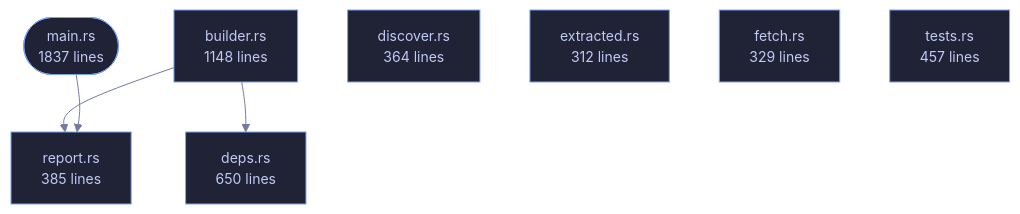
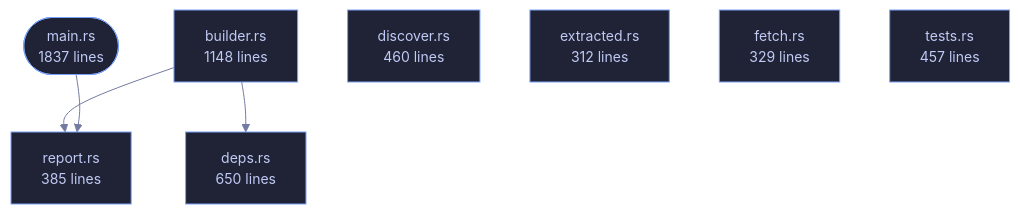
The diagram in crates/veilvoice-verify/README.md (tilas01/veilvoice), drawn with Mermaid before and after one commit. The commit also changed other lines of this file and 65 other files, not shown here.

````diff
--- a/crates/veilvoice-verify/README.md
+++ b/crates/veilvoice-verify/README.md
@@ -93,23 +93,23 @@
 ```mermaid
 %%{init: {"theme":"base","themeVariables":{"background":"#1a1b26","primaryColor":"#1f2335","primaryTextColor":"#c0caf5","primaryBorderColor":"#7aa2f7","secondaryColor":"#16161e","tertiaryColor":"#16161e","lineColor":"#737aa2","textColor":"#c0caf5","mainBkg":"#1f2335","nodeBorder":"#7aa2f7","clusterBkg":"#16161e","clusterBorder":"#2f3549","fontFamily":"ui-monospace, SFMono-Regular, Consolas, monospace","fontSize":"14px"}}}%%
 flowchart TD
     n_main(["main.rs<br/>1837 lines"])
     n_builder["builder.rs<br/>1148 lines"]
     n_deps["deps.rs<br/>650 lines"]
-    n_discover["discover.rs<br/>364 lines"]
+    n_discover["discover.rs<br/>460 lines"]
     n_extracted["extracted.rs<br/>312 lines"]
     n_fetch["fetch.rs<br/>329 lines"]
     n_report["report.rs<br/>385 lines"]
     n_tests["tests.rs<br/>457 lines"]
     n_builder --> n_deps
     n_builder --> n_report
     n_main --> n_report
     click n_main href "https://github.com/tilas01/veilvoice/blob/main/crates/veilvoice-verify/src/main.rs" "open the source"
     click n_builder href "https://github.com/tilas01/veilvoice/blob/main/crates/veilvoice-verify/src/builder.rs" "open the source"
     click n_deps href "https://github.com/tilas01/veilvoice/blob/main/crates/veilvoice-verify/src/deps.rs" "open the source"
     click n_discover href "https://github.com/tilas01/veilvoice/blob/main/crates/veilvoice-verify/src/discover.rs" "open the source"
     click n_extracted href "https://github.com/tilas01/veilvoice/blob/main/crates/veilvoice-verify/src/extracted.rs" "open the source"
     click n_fetch href "https://github.com/tilas01/veilvoice/blob/main/crates/veilvoice-verify/src/fetch.rs" "open the source"
     click n_report href "https://github.com/tilas01/veilvoice/blob/main/crates/veilvoice-verify/src/report.rs" "open the source"
     click n_tests href "https://github.com/tilas01/veilvoice/blob/main/crates/veilvoice-verify/src/tests.rs" "open the source"
 ```
````
